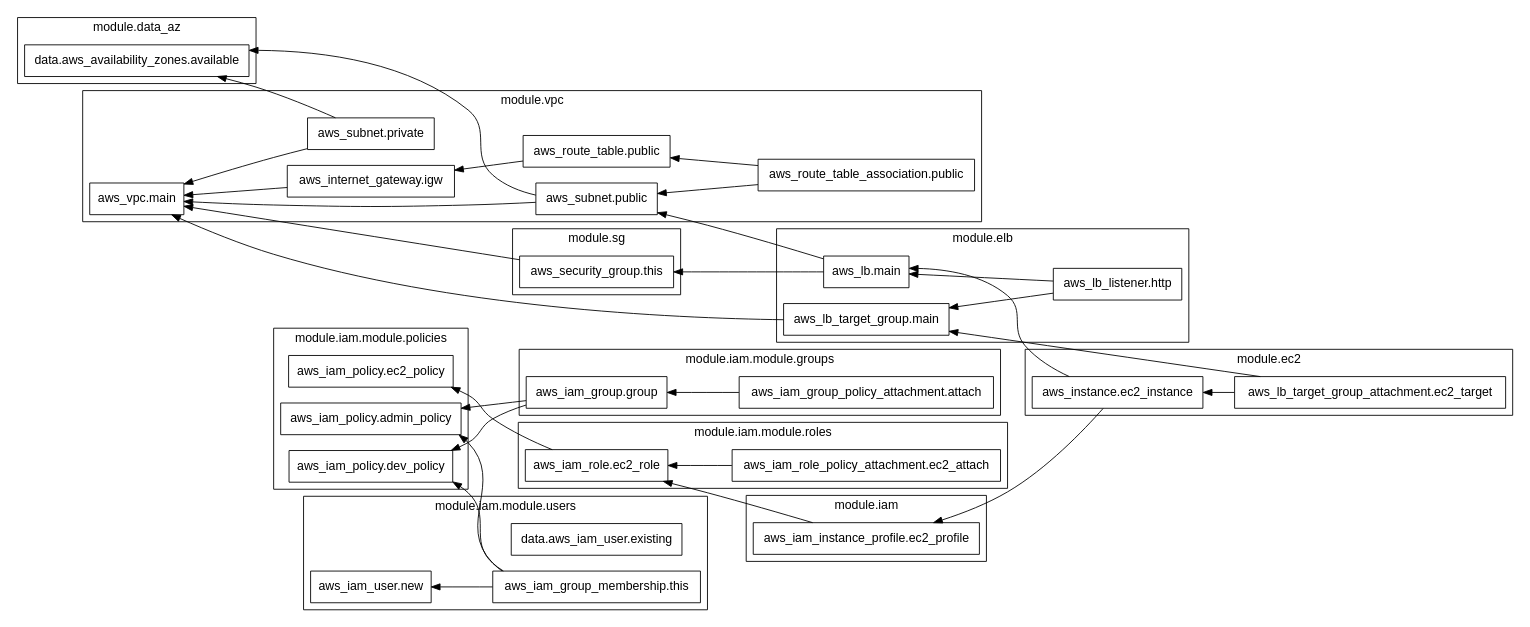
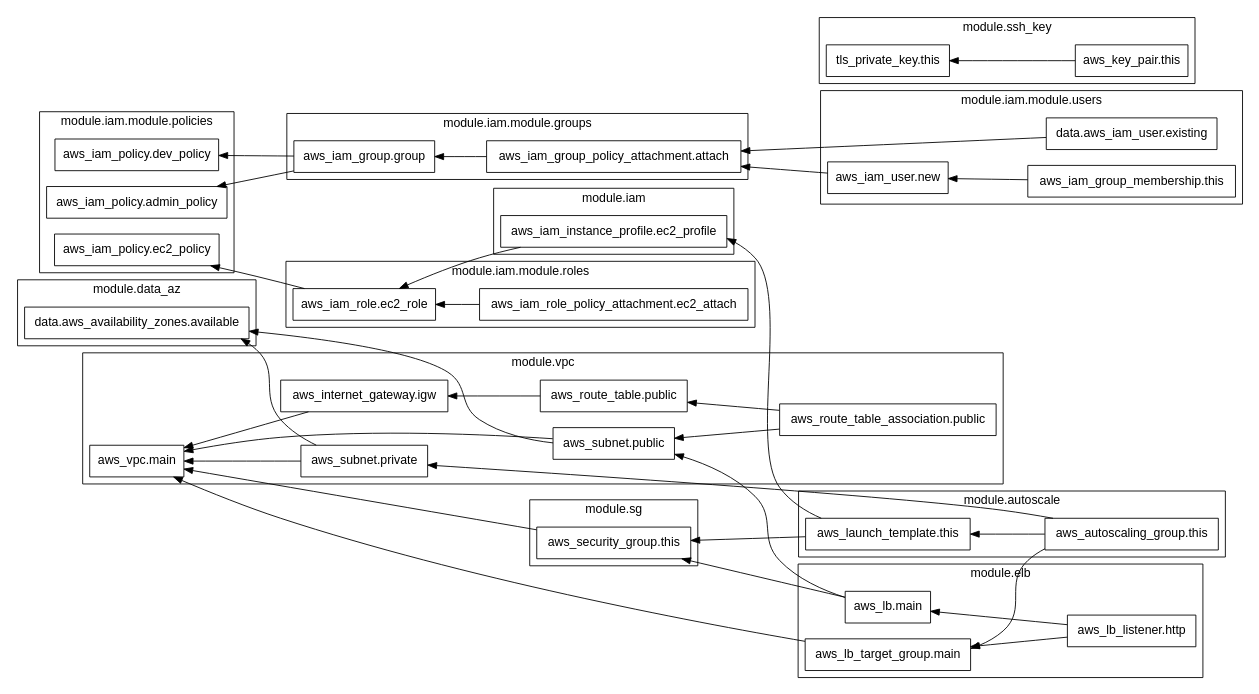
Before and after one commit to umarbkh/terraform-cicd: the diagram in graph.dot, drawn with Graphviz. The commit also changed 14 other files, not shown here.

Commit message:
adding ssh keys and autoscaler module

```diff
--- a/graph.dot
+++ b/graph.dot
@@ -1,95 +1,103 @@
 digraph G {
   rankdir = "RL";
   node [shape = rect, fontname = "sans-serif"];
+  subgraph "cluster_module.autoscale" {
+    label = "module.autoscale"
+    fontname = "sans-serif"
+    "module.autoscale.aws_autoscaling_group.this" [label="aws_autoscaling_group.this"];
+    "module.autoscale.aws_launch_template.this" [label="aws_launch_template.this"];
+  }
   subgraph "cluster_module.data_az" {
     label = "module.data_az"
     fontname = "sans-serif"
     "module.data_az.data.aws_availability_zones.available" [label="data.aws_availability_zones.available"];
-  }
-  subgraph "cluster_module.ec2" {
-    label = "module.ec2"
-    fontname = "sans-serif"
-    "module.ec2.aws_instance.ec2_instance" [label="aws_instance.ec2_instance"];
-    "module.ec2.aws_lb_target_group_attachment.ec2_target" [label="aws_lb_target_group_attachment.ec2_target"];
   }
   subgraph "cluster_module.elb" {
     label = "module.elb"
     fontname = "sans-serif"
     "module.elb.aws_lb.main" [label="aws_lb.main"];
     "module.elb.aws_lb_listener.http" [label="aws_lb_listener.http"];
     "module.elb.aws_lb_target_group.main" [label="aws_lb_target_group.main"];
   }
   subgraph "cluster_module.iam" {
     label = "module.iam"
     fontname = "sans-serif"
     "module.iam.aws_iam_instance_profile.ec2_profile" [label="aws_iam_instance_profile.ec2_profile"];
   }
   subgraph "cluster_module.iam.module.groups" {
     label = "module.iam.module.groups"
     fontname = "sans-serif"
     "module.iam.module.groups.aws_iam_group.group" [label="aws_iam_group.group"];
     "module.iam.module.groups.aws_iam_group_policy_attachment.attach" [label="aws_iam_group_policy_attachment.attach"];
   }
   subgraph "cluster_module.iam.module.policies" {
     label = "module.iam.module.policies"
     fontname = "sans-serif"
     "module.iam.module.policies.aws_iam_policy.admin_policy" [label="aws_iam_policy.admin_policy"];
     "module.iam.module.policies.aws_iam_policy.dev_policy" [label="aws_iam_policy.dev_policy"];
     "module.iam.module.policies.aws_iam_policy.ec2_policy" [label="aws_iam_policy.ec2_policy"];
   }
   subgraph "cluster_module.iam.module.roles" {
     label = "module.iam.module.roles"
     fontname = "sans-serif"
     "module.iam.module.roles.aws_iam_role.ec2_role" [label="aws_iam_role.ec2_role"];
     "module.iam.module.roles.aws_iam_role_policy_attachment.ec2_attach" [label="aws_iam_role_policy_attachment.ec2_attach"];
   }
   subgraph "cluster_module.iam.module.users" {
     label = "module.iam.module.users"
     fontname = "sans-serif"
     "module.iam.module.users.data.aws_iam_user.existing" [label="data.aws_iam_user.existing"];
     "module.iam.module.users.aws_iam_group_membership.this" [label="aws_iam_group_membership.this"];
     "module.iam.module.users.aws_iam_user.new" [label="aws_iam_user.new"];
   }
   subgraph "cluster_module.sg" {
     label = "module.sg"
     fontname = "sans-serif"
     "module.sg.aws_security_group.this" [label="aws_security_group.this"];
   }
+  subgraph "cluster_module.ssh_key" {
+    label = "module.ssh_key"
+    fontname = "sans-serif"
+    "module.ssh_key.aws_key_pair.this" [label="aws_key_pair.this"];
+    "module.ssh_key.tls_private_key.this" [label="tls_private_key.this"];
+  }
   subgraph "cluster_module.vpc" {
     label = "module.vpc"
     fontname = "sans-serif"
     "module.vpc.aws_internet_gateway.igw" [label="aws_internet_gateway.igw"];
     "module.vpc.aws_route_table.public" [label="aws_route_table.public"];
     "module.vpc.aws_route_table_association.public" [label="aws_route_table_association.public"];
     "module.vpc.aws_subnet.private" [label="aws_subnet.private"];
     "module.vpc.aws_subnet.public" [label="aws_subnet.public"];
     "module.vpc.aws_vpc.main" [label="aws_vpc.main"];
   }
-  "module.ec2.aws_instance.ec2_instance" -> "module.elb.aws_lb.main";
-  "module.ec2.aws_instance.ec2_instance" -> "module.iam.aws_iam_instance_profile.ec2_profile";
-  "module.ec2.aws_lb_target_group_attachment.ec2_target" -> "module.ec2.aws_instance.ec2_instance";
-  "module.ec2.aws_lb_target_group_attachment.ec2_target" -> "module.elb.aws_lb_target_group.main";
+  "module.autoscale.aws_autoscaling_group.this" -> "module.autoscale.aws_launch_template.this";
+  "module.autoscale.aws_autoscaling_group.this" -> "module.elb.aws_lb_target_group.main";
+  "module.autoscale.aws_autoscaling_group.this" -> "module.vpc.aws_subnet.private";
+  "module.autoscale.aws_launch_template.this" -> "module.iam.aws_iam_instance_profile.ec2_profile";
+  "module.autoscale.aws_launch_template.this" -> "module.sg.aws_security_group.this";
   "module.elb.aws_lb.main" -> "module.sg.aws_security_group.this";
   "module.elb.aws_lb.main" -> "module.vpc.aws_subnet.public";
   "module.elb.aws_lb_listener.http" -> "module.elb.aws_lb.main";
   "module.elb.aws_lb_listener.http" -> "module.elb.aws_lb_target_group.main";
   "module.elb.aws_lb_target_group.main" -> "module.vpc.aws_vpc.main";
   "module.iam.aws_iam_instance_profile.ec2_profile" -> "module.iam.module.roles.aws_iam_role.ec2_role";
   "module.iam.module.groups.aws_iam_group.group" -> "module.iam.module.policies.aws_iam_policy.admin_policy";
   "module.iam.module.groups.aws_iam_group.group" -> "module.iam.module.policies.aws_iam_policy.dev_policy";
   "module.iam.module.groups.aws_iam_group_policy_attachment.attach" -> "module.iam.module.groups.aws_iam_group.group";
   "module.iam.module.roles.aws_iam_role.ec2_role" -> "module.iam.module.policies.aws_iam_policy.ec2_policy";
   "module.iam.module.roles.aws_iam_role_policy_attachment.ec2_attach" -> "module.iam.module.roles.aws_iam_role.ec2_role";
-  "module.iam.module.users.aws_iam_group_membership.this" -> "module.iam.module.policies.aws_iam_policy.admin_policy";
-  "module.iam.module.users.aws_iam_group_membership.this" -> "module.iam.module.policies.aws_iam_policy.dev_policy";
+  "module.iam.module.users.data.aws_iam_user.existing" -> "module.iam.module.groups.aws_iam_group_policy_attachment.attach";
   "module.iam.module.users.aws_iam_group_membership.this" -> "module.iam.module.users.aws_iam_user.new";
+  "module.iam.module.users.aws_iam_user.new" -> "module.iam.module.groups.aws_iam_group_policy_attachment.attach";
   "module.sg.aws_security_group.this" -> "module.vpc.aws_vpc.main";
+  "module.ssh_key.aws_key_pair.this" -> "module.ssh_key.tls_private_key.this";
   "module.vpc.aws_internet_gateway.igw" -> "module.vpc.aws_vpc.main";
   "module.vpc.aws_route_table.public" -> "module.vpc.aws_internet_gateway.igw";
   "module.vpc.aws_route_table_association.public" -> "module.vpc.aws_route_table.public";
   "module.vpc.aws_route_table_association.public" -> "module.vpc.aws_subnet.public";
   "module.vpc.aws_subnet.private" -> "module.data_az.data.aws_availability_zones.available";
   "module.vpc.aws_subnet.private" -> "module.vpc.aws_vpc.main";
   "module.vpc.aws_subnet.public" -> "module.data_az.data.aws_availability_zones.available";
   "module.vpc.aws_subnet.public" -> "module.vpc.aws_vpc.main";
 }
```
